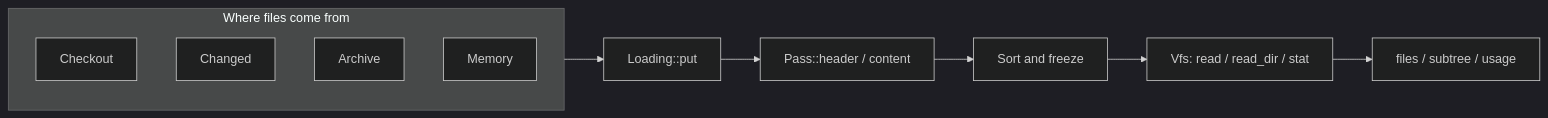
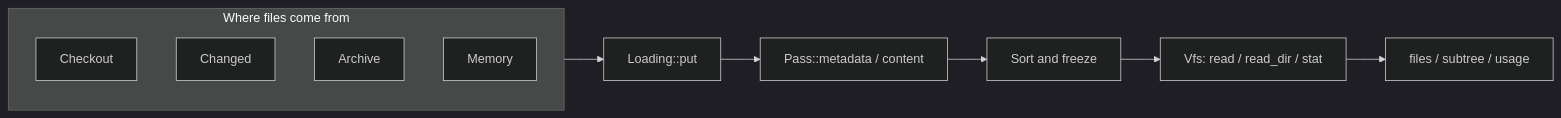
One commit to gitlabhq/orbit-knowledge-graph changed the diagram in crates/utils/src/vfs/README.md. Above: the diagram before and after it, drawn with Mermaid (dark theme). The commit also changed other lines of this file and 12 other files, not shown here.

Commit message:
refactor(utils): simplify Vfs storage and expose borrowed policy content

````diff
--- a/crates/utils/src/vfs/README.md
+++ b/crates/utils/src/vfs/README.md
@@ -6,14 +6,14 @@
 ```mermaid
 flowchart LR
     subgraph sources["Where files come from"]
         checkout[Checkout]
         changed[Changed]
         archive[Archive]
         memory[Memory]
     end
     sources --> loading["Loading::put"]
-    loading --> policy["Pass::header / content"]
+    loading --> policy["Pass::metadata / content"]
     policy --> freeze["Sort and freeze"]
     freeze --> store["Vfs: read / read_dir / stat"]
     store --> inventory["files / subtree / usage"]
 ```
````
